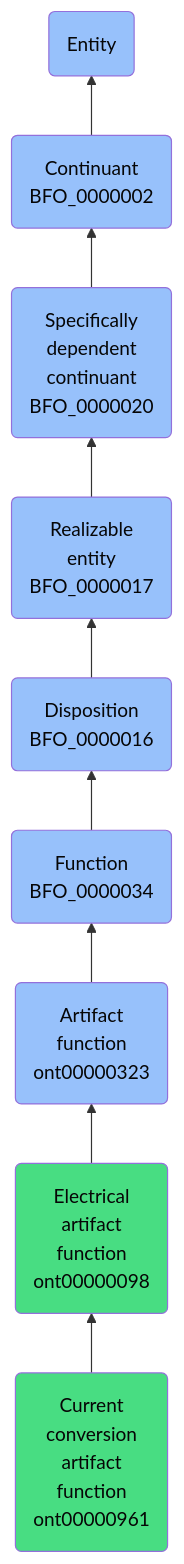
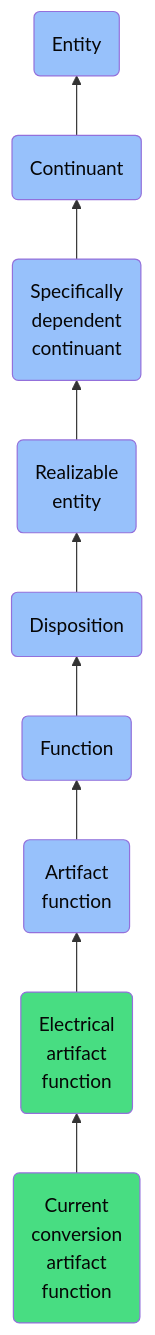
Before and after one commit to jupyter-naas/abi: the diagram in docs/ontology/reference/model/Entity/Continuant/Specifically dependent continuant/Realizable entity/Disposition/Function/Artifact function/Electrical artifact function/Current conversion artifact function/Current conversion artifact function.md, drawn with Mermaid. The commit also changed other lines of this file and 1430 other files, not shown here.

````diff
--- a/docs/ontology/reference/model/Entity/Continuant/Specifically dependent continuant/Realizable entity/Disposition/Function/Artifact function/Electrical artifact function/Current conversion artifact function/Current conversion artifact function.md
+++ b/docs/ontology/reference/model/Entity/Continuant/Specifically dependent continuant/Realizable entity/Disposition/Function/Artifact function/Electrical artifact function/Current conversion artifact function/Current conversion artifact function.md
@@ -24,16 +24,16 @@
 ```mermaid
 graph BT
-    ont00000961(Current<br>conversion<br>artifact<br>function<br>ont00000961):::ABI-->ont00000098
-    ont00000098(Electrical<br>artifact<br>function<br>ont00000098):::ABI-->ont00000323
-    ont00000323(Artifact<br>function<br>ont00000323):::BFO-->BFO_0000034
-    BFO_0000034(Function<br>BFO_0000034):::BFO-->BFO_0000016
-    BFO_0000016(Disposition<br>BFO_0000016):::BFO-->BFO_0000017
-    BFO_0000017(Realizable<br>entity<br>BFO_0000017):::BFO-->BFO_0000020
-    BFO_0000020(Specifically<br>dependent<br>continuant<br>BFO_0000020):::BFO-->BFO_0000002
-    BFO_0000002(Continuant<br>BFO_0000002):::BFO-->BFO_0000001
+    ont00000961(Current<br>conversion<br>artifact<br>function):::ABI-->ont00000098
+    ont00000098(Electrical<br>artifact<br>function):::ABI-->ont00000323
+    ont00000323(Artifact<br>function):::BFO-->BFO_0000034
+    BFO_0000034(Function):::BFO-->BFO_0000016
+    BFO_0000016(Disposition):::BFO-->BFO_0000017
+    BFO_0000017(Realizable<br>entity):::BFO-->BFO_0000020
+    BFO_0000020(Specifically<br>dependent<br>continuant):::BFO-->BFO_0000002
+    BFO_0000002(Continuant):::BFO-->BFO_0000001
     BFO_0000001(Entity):::BFO
     
     classDef BFO fill:#97c1fb,color:#060606
     classDef CCO fill:#e4c51e,color:#060606
     classDef ABI fill:#48DD82,color:#060606
 ```
````
